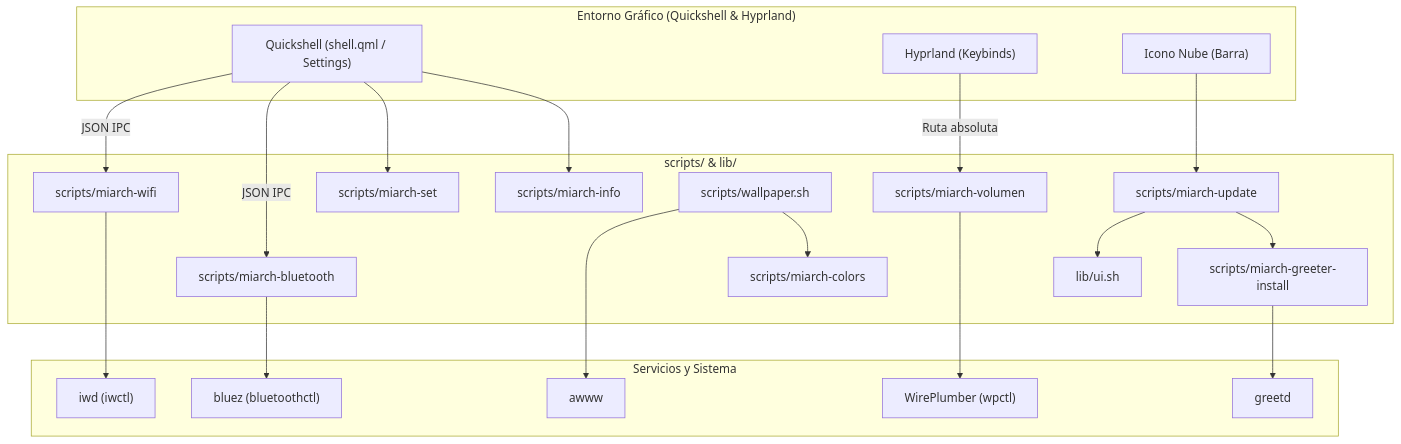
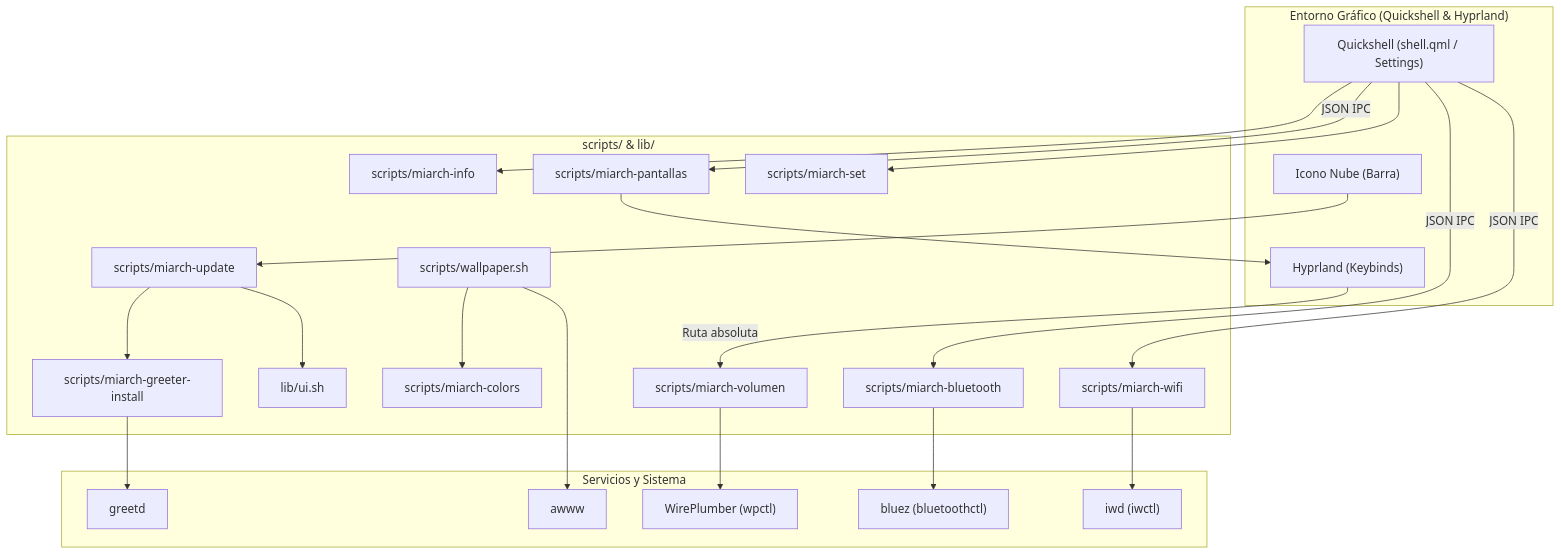
The diagram in docs/scripts.md (alejandro-xoxo/Miarch), drawn with Mermaid before and after one commit. The commit also changed other lines of this file and 4 other files, not shown here.

````diff
--- a/docs/scripts.md
+++ b/docs/scripts.md
@@ -5,44 +5,47 @@
 ```mermaid
 flowchart TD
     subgraph UI_Shell["Entorno Gráfico (Quickshell & Hyprland)"]
         QS["Quickshell (shell.qml / Settings)"]
         HL["Hyprland (Keybinds)"]
         Bar["Icono Nube (Barra)"]
     end
 
     subgraph Scripts["scripts/ & lib/"]
         UI["lib/ui.sh"]
         UPD["scripts/miarch-update"]
         VOL["scripts/miarch-volumen"]
         WIFI["scripts/miarch-wifi"]
         BT["scripts/miarch-bluetooth"]
         SET["scripts/miarch-set"]
+        PAN["scripts/miarch-pantallas"]
         COL["scripts/miarch-colors"]
         WALL["scripts/wallpaper.sh"]
         INFO["scripts/miarch-info"]
         GREET["scripts/miarch-greeter-install"]
     end
 
     subgraph System["Servicios y Sistema"]
         WP["WirePlumber (wpctl)"]
         IWD["iwd (iwctl)"]
         BLUEZ["bluez (bluetoothctl)"]
         GREETD["greetd"]
         AWWW["awww"]
     end
 
     HL -->|Ruta absoluta| VOL
     VOL --> WP
     QS -->|JSON IPC| WIFI
     WIFI --> IWD
     QS -->|JSON IPC| BT
     BT --> BLUEZ
     QS --> SET
+    QS -->|JSON IPC| PAN
+    PAN --> HL
     QS --> INFO
     Bar --> UPD
     WALL --> AWWW
     WALL --> COL
     UPD --> UI
     UPD --> GREET
     GREET --> GREETD
 ```
````
